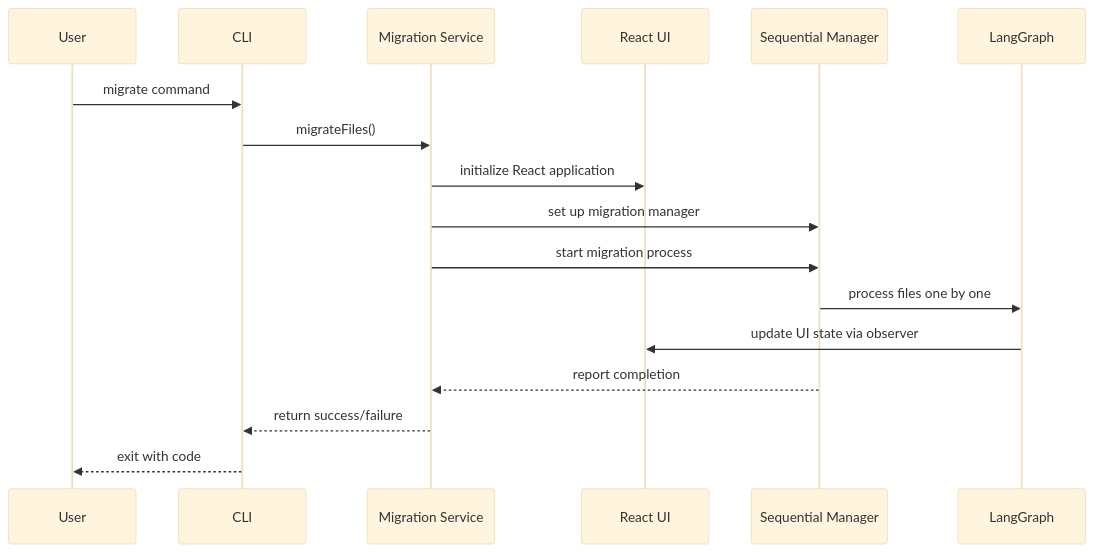
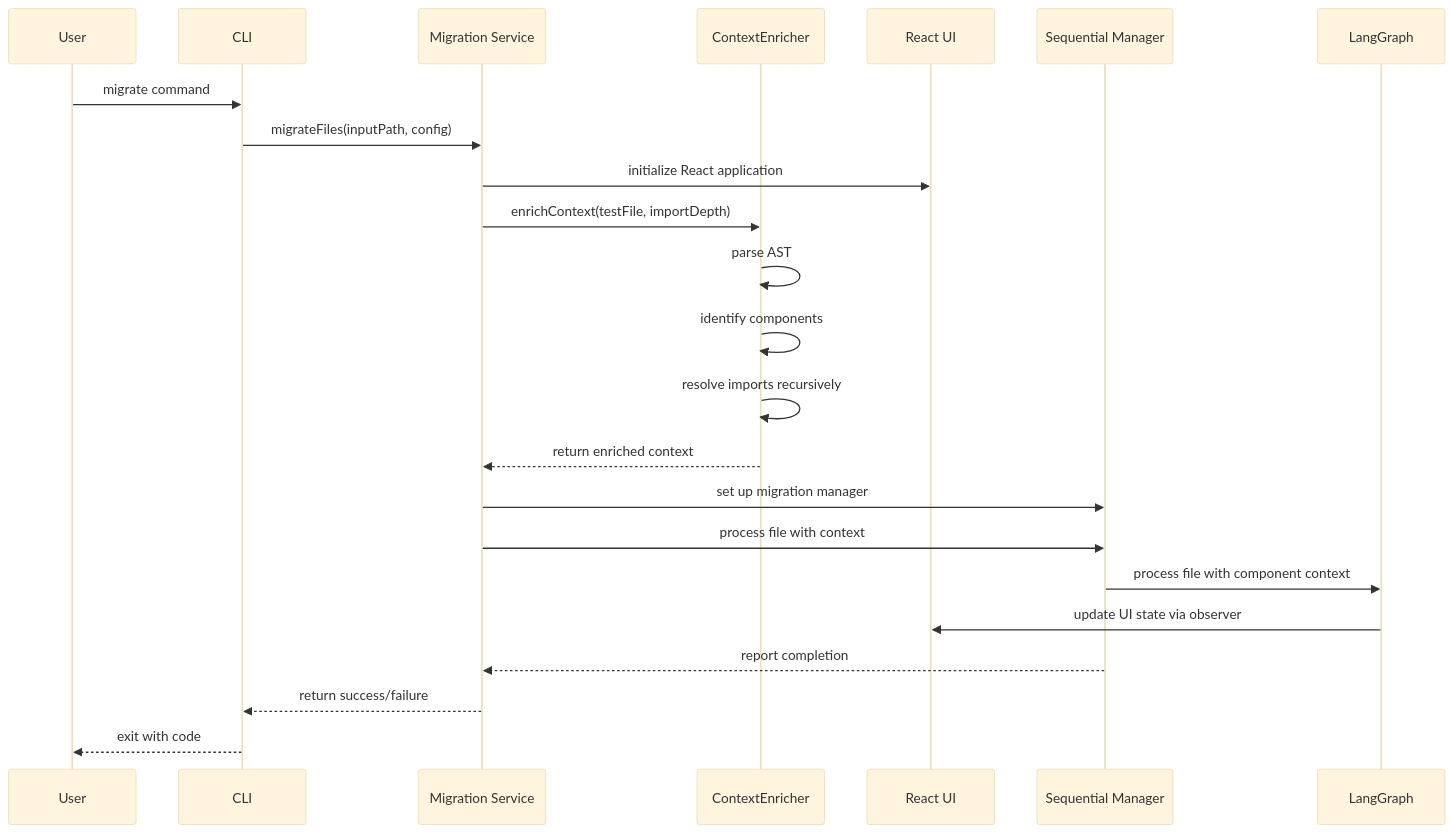
The second of 2 diagrams in high-level-architecture.md (Rolilink/unshallow), drawn with Mermaid (base theme) before and after one commit. The commit also changed other lines of this file and 4 other files, not shown here.

````diff
--- a/high-level-architecture.md
+++ b/high-level-architecture.md
@@ -76,23 +83,32 @@
 ```mermaid
 sequenceDiagram
     participant User
     participant CLI
     participant Service as Migration Service
+    participant Context as ContextEnricher
     participant UI as React UI
     participant Manager as Sequential Manager
     participant LangGraph
     
     User->>CLI: migrate command
-    CLI->>Service: migrateFiles()
+    CLI->>Service: migrateFiles(inputPath, config)
     
     Service->>UI: initialize React application
+    
+    %% Context enrichment process
+    Service->>Context: enrichContext(testFile, importDepth)
+    Context->>Context: parse AST
+    Context->>Context: identify components
+    Context->>Context: resolve imports recursively
+    Context-->>Service: return enriched context
+    
     Service->>Manager: set up migration manager
-    Service->>Manager: start migration process
+    Service->>Manager: process file with context
     
-    Manager->>LangGraph: process files one by one
+    Manager->>LangGraph: process file with component context
     LangGraph->>UI: update UI state via observer
     
     Manager-->>Service: report completion
     Service-->>CLI: return success/failure
     CLI-->>User: exit with code
 ```
````
